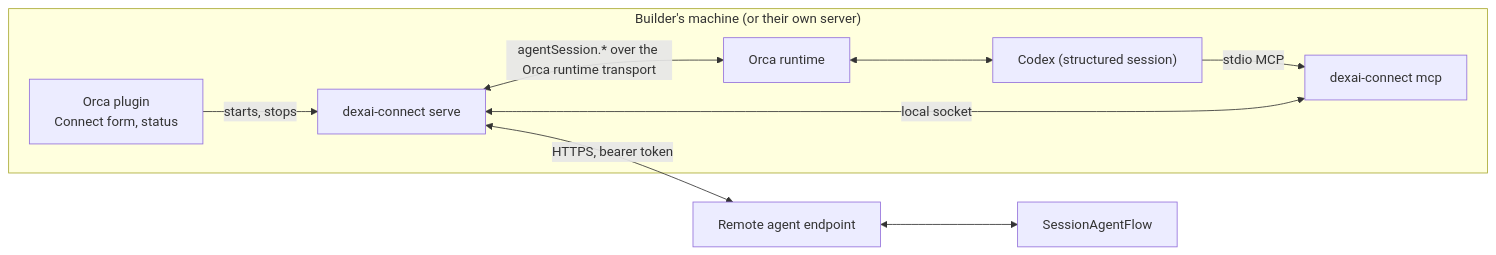
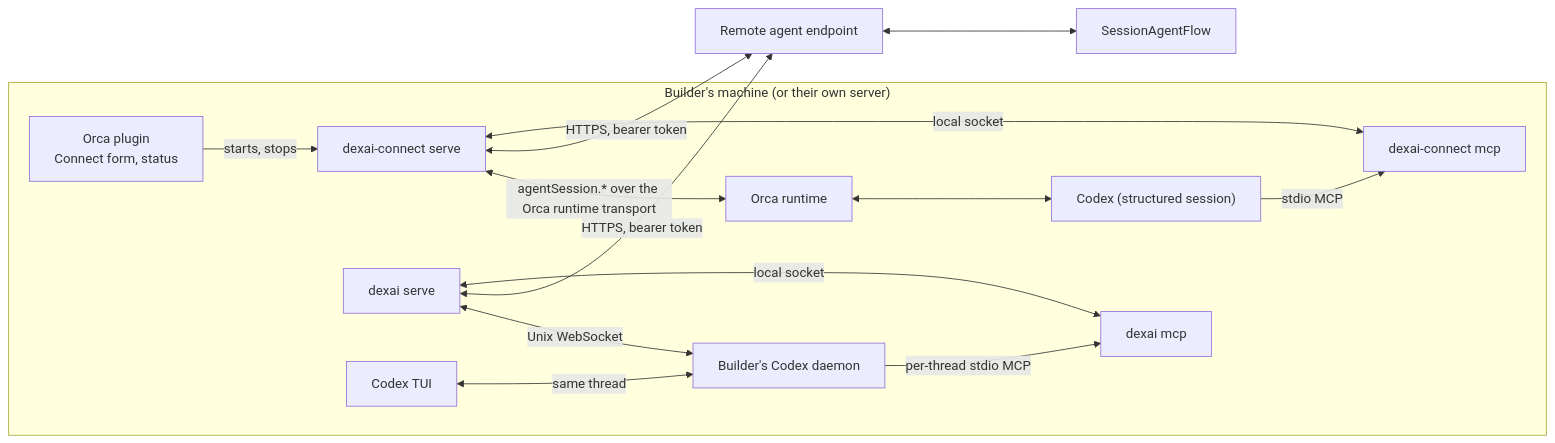
The diagram in docs/architecture/remote-agent/bridge.md (superdurable/superverse), drawn with Mermaid before and after one commit. The commit also changed other lines of this file and 14 other files, not shown here.

First line of the commit message:
DEXAICODEX: Add the dexai command with a direct Codex driver

````diff
--- a/docs/architecture/remote-agent/bridge.md
+++ b/docs/architecture/remote-agent/bridge.md
@@ -13,12 +12,17 @@
 ```mermaid
 flowchart LR
   subgraph Machine["Builder's machine (or their own server)"]
     plugin["Orca plugin<br/>Connect form, status"] -->|starts, stops| serve["dexai-connect serve"]
     serve <-->|"agentSession.* over the Orca runtime transport"| orca["Orca runtime"]
     orca <--> codex["Codex (structured session)"]
     codex -->|"stdio MCP"| mcp["dexai-connect mcp"]
     mcp <-->|"local socket"| serve
+    direct["dexai serve"] <-->|"Unix WebSocket"| daemon["Builder's Codex daemon"]
+    tui["Codex TUI"] <-->|"same thread"| daemon
+    daemon -->|"per-thread stdio MCP"| directMCP["dexai mcp"]
+    directMCP <-->|"local socket"| direct
   end
   serve <-->|"HTTPS, bearer token"| endpoint["Remote agent endpoint"]
+  direct <-->|"HTTPS, bearer token"| endpoint
   endpoint <--> session["SessionAgentFlow"]
 ```
````
